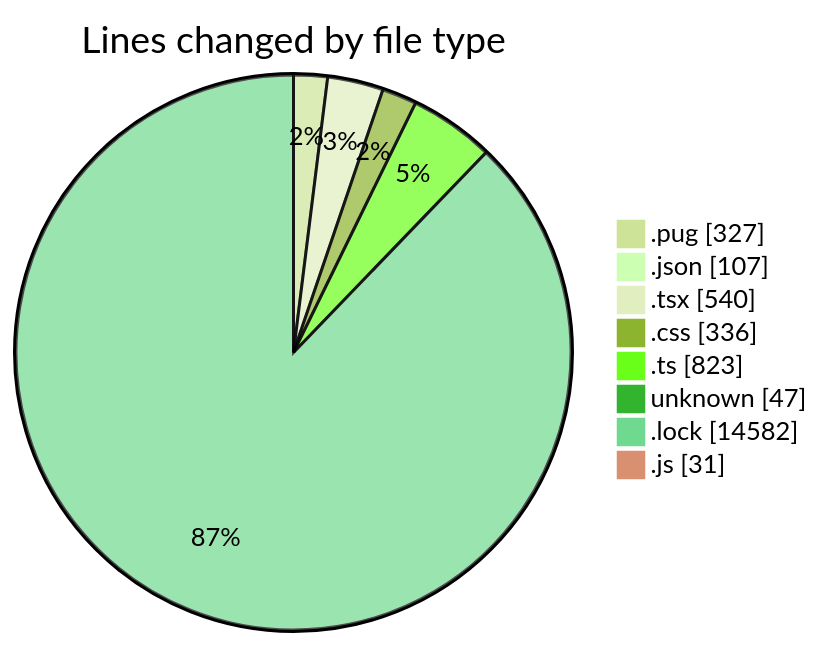
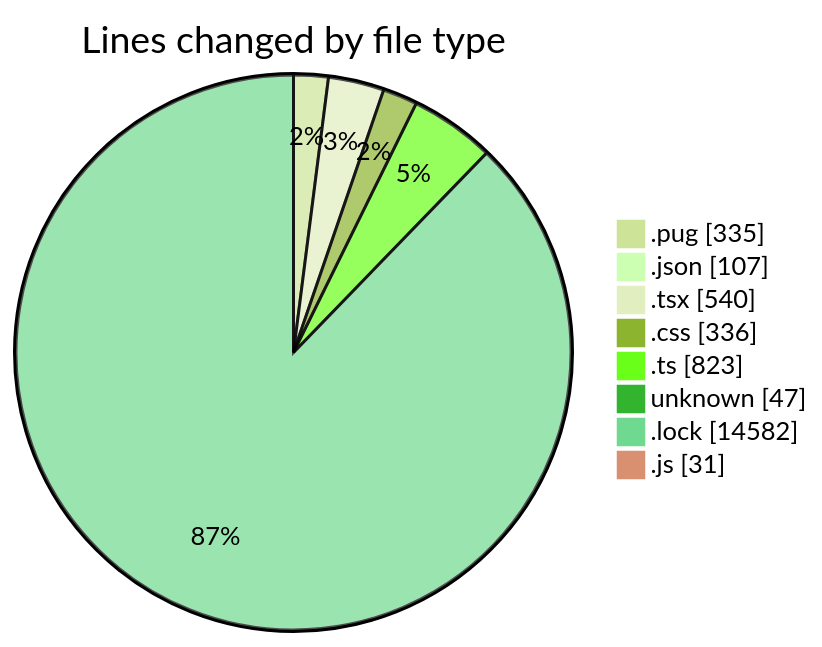
Before and after one commit to momahboobian/code-tracking: the first of 2 diagrams in 2025-11-04/cda/README.md, drawn with Mermaid (forest theme). The commit also changed other lines of this file and 1 other file, not shown here.

````diff
--- a/2025-11-04/cda/README.md
+++ b/2025-11-04/cda/README.md
@@ -33,12 +33,12 @@
 ```mermaid
 pie showData
 title Lines changed by file type
-".pug" : 327
+".pug" : 335
 ".json" : 107
 ".tsx" : 540
 ".css" : 336
 ".ts" : 823
 "unknown" : 47
 ".lock" : 14582
 ".js" : 31
 ```
````
